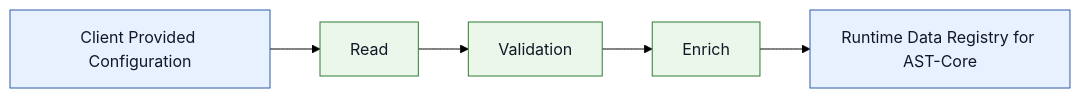
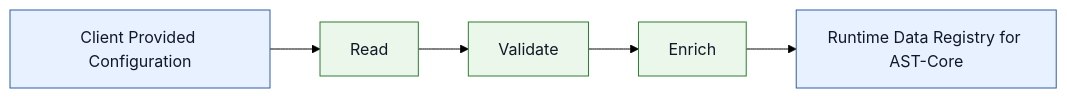
One commit to bcgov/automated-statusing-tool changed the second of 7 diagrams in ast_engine/README.md. Above: the diagram before and after it, drawn with Mermaid (forest theme). The commit also changed other lines of this file, not shown here.

````diff
--- a/ast_engine/README.md
+++ b/ast_engine/README.md
@@ -163,16 +163,16 @@
 ```mermaid
 flowchart LR
     A[Client Provided Configuration]
     B[Read]
-    C[Validation]
+    C[Validate]
     D[Enrich]
     E[Runtime Data Registry for AST-Core]
 
     A --> B --> C --> D --> E 
 
     class A,E,F objectNode
     class B,C,D processNode
 
     classDef objectNode fill:#E8F1FF,stroke:#2F5DA8,stroke-width:1px,color:#111827
     classDef processNode fill:#EAF7EA,stroke:#2E7D32,stroke-width:1px,color:#111827
 ```
````
